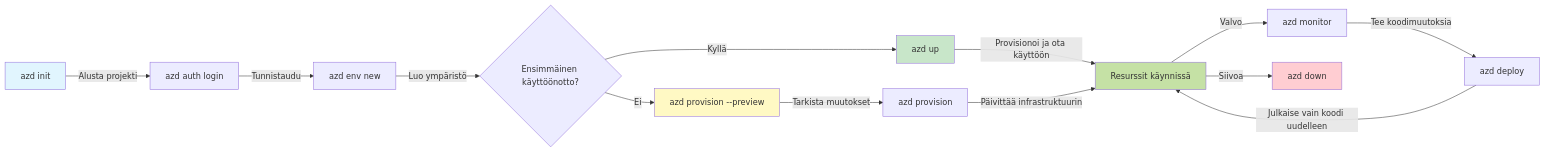
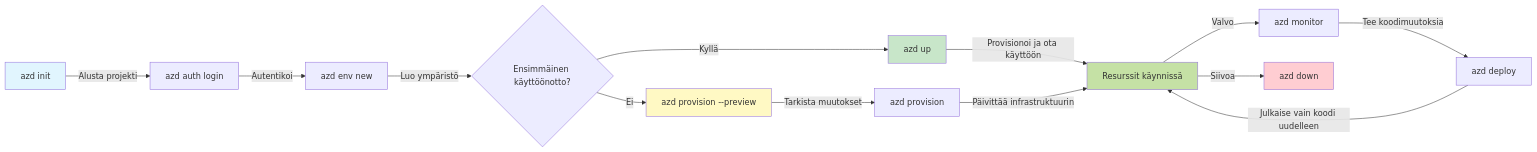
The first of 2 diagrams in translations/fi/docs/chapter-01-foundation/azd-basics.md (microsoft/AZD-for-beginners), drawn with Mermaid before and after one commit. The commit also changed other lines of this file and 101 other files, not shown here.

````diff
--- a/translations/fi/docs/chapter-01-foundation/azd-basics.md
+++ b/translations/fi/docs/chapter-01-foundation/azd-basics.md
@@ -267,21 +269,21 @@
 ```mermaid
 graph LR
     A[azd init] -->|Alusta projekti| B[azd auth login]
-    B -->|Tunnistaudu| C[azd env new]
+    B -->|Autentikoi| C[azd env new]
     C -->|Luo ympäristö| D{Ensimmäinen käyttöönotto?}
     D -->|Kyllä| E[azd up]
     D -->|Ei| F[azd provision --preview]
     F -->|Tarkista muutokset| G[azd provision]
     E -->|Provisionoi ja ota käyttöön| H[Resurssit käynnissä]
     G -->|Päivittää infrastruktuurin| H
     H -->|Valvo| I[azd monitor]
     I -->|Tee koodimuutoksia| J[azd deploy]
     J -->|Julkaise vain koodi uudelleen| H
     H -->|Siivoa| K[azd down]
     
     style A fill:#e1f5fe
     style E fill:#c8e6c9
     style F fill:#fff9c4
     style H fill:#c5e1a5
     style K fill:#ffcdd2
 ```
````
